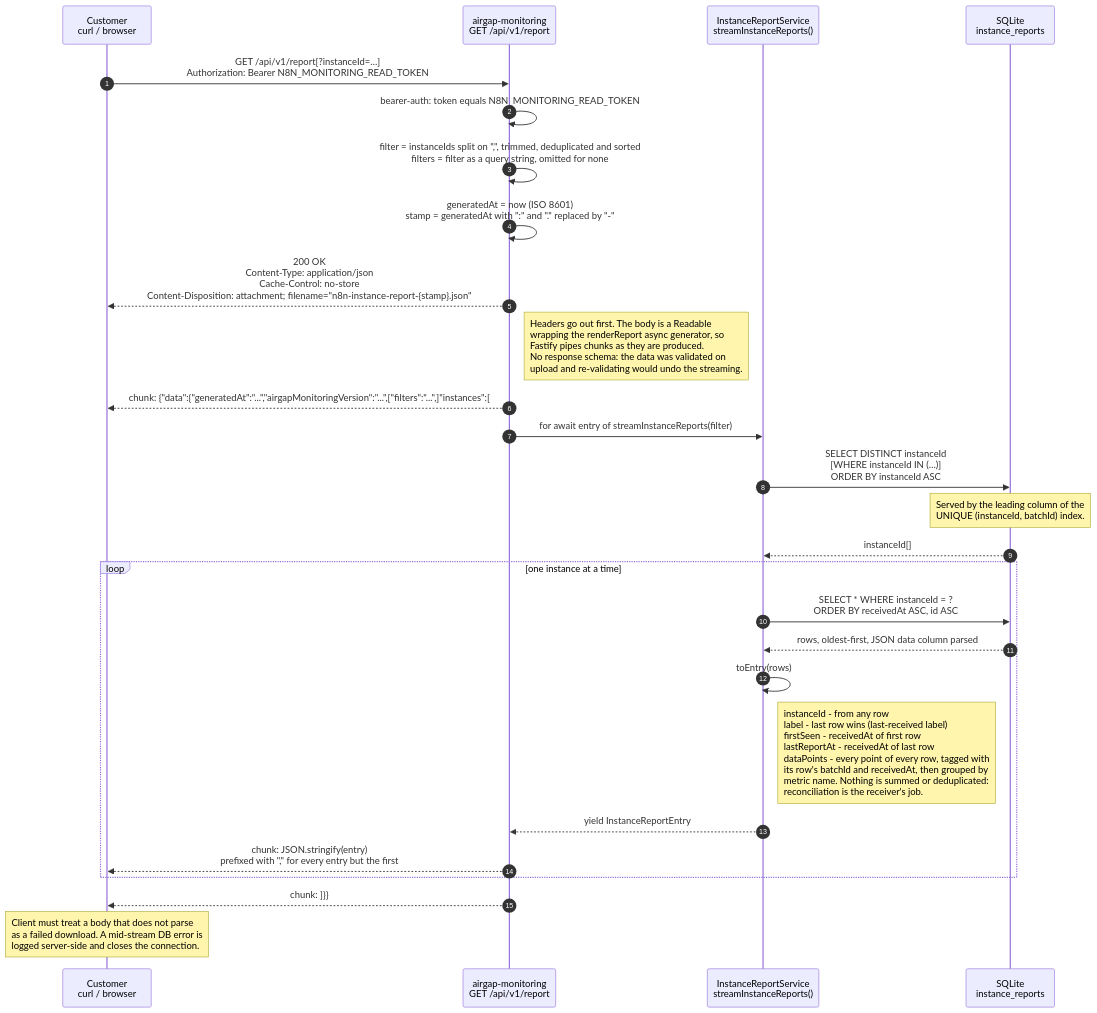
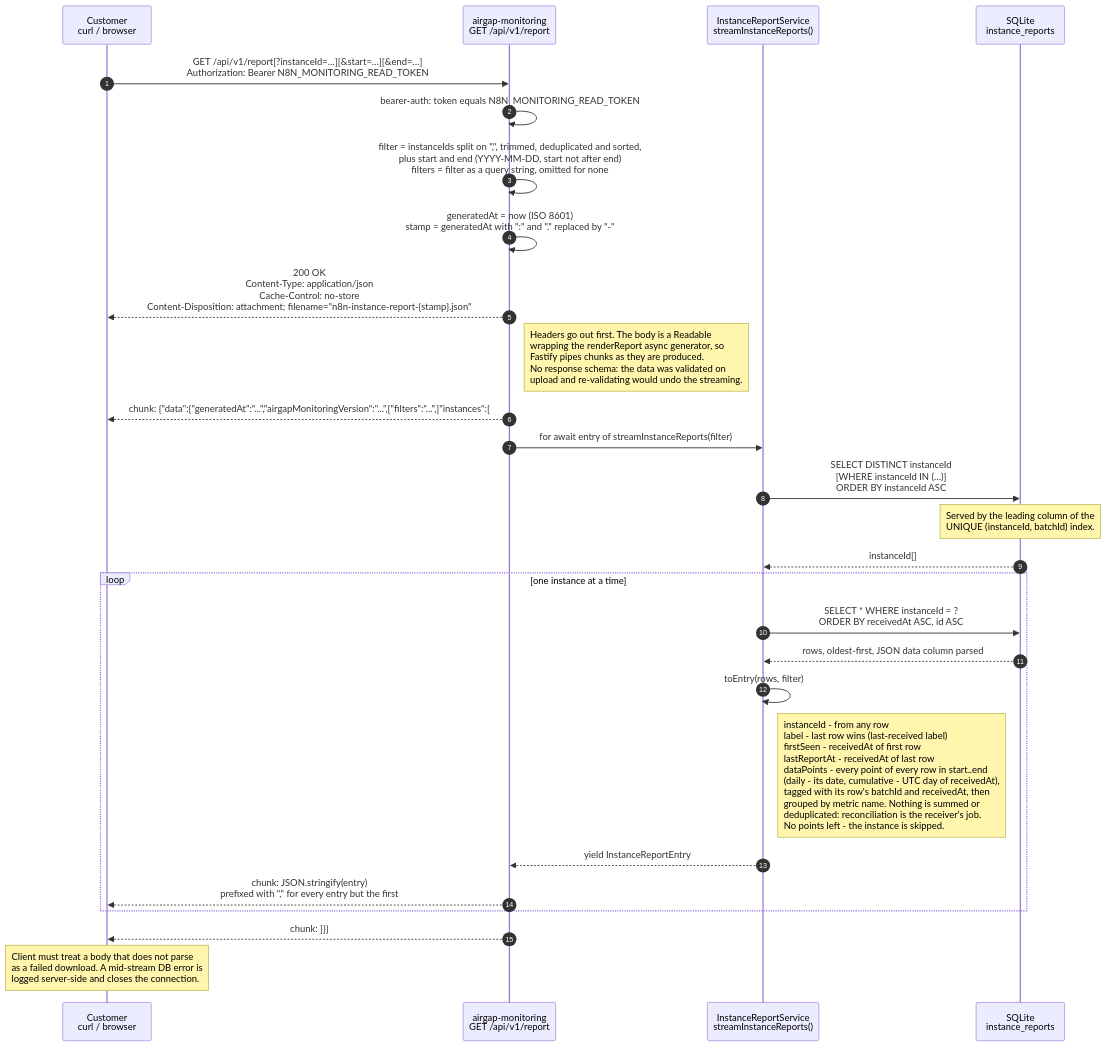
The second of 2 diagrams in docs/DIAGRAMS.md (n8n-io/n8n-airgap-monitoring), drawn with Mermaid before and after one commit. The commit also changed 6 other files, not shown here.

Commit message:
feat(api): Filter the report by start and end day

````diff
--- a/docs/DIAGRAMS.md
+++ b/docs/DIAGRAMS.md
@@ -104,39 +104,39 @@
 ```mermaid
 ---
 config:
   sequence:
     noteAlign: left
 ---
 sequenceDiagram
     autonumber
     participant C as Customer<br/>curl / browser
     participant API as airgap-monitoring<br/>GET /api/v1/report
     participant SVC as InstanceReportService<br/>streamInstanceReports()
     participant DB as SQLite<br/>instance_reports
 
-    C->>API: GET /api/v1/report[?instanceId=…]<br/>Authorization: Bearer N8N_MONITORING_READ_TOKEN
+    C->>API: GET /api/v1/report[?instanceId=…][&start=…][&end=…]<br/>Authorization: Bearer N8N_MONITORING_READ_TOKEN
     API->>API: bearer-auth: token equals N8N_MONITORING_READ_TOKEN
-    API->>API: filter = instanceIds split on ",", trimmed, deduplicated and sorted<br/>filters = filter as a query string, omitted for none
+    API->>API: filter = instanceIds split on ",", trimmed, deduplicated and sorted,<br/>plus start and end (YYYY-MM-DD, start not after end)<br/>filters = filter as a query string, omitted for none
     API->>API: generatedAt = now (ISO 8601)<br/>stamp = generatedAt with ":" and "." replaced by "-"
     API-->>C: 200 OK<br/>Content-Type: application/json<br/>Cache-Control: no-store<br/>Content-Disposition: attachment#59; filename="n8n-instance-report-{stamp}.json"
     Note right of API: Headers go out first. The body is a Readable<br/>wrapping the renderReport async generator, so<br/>Fastify pipes chunks as they are produced.<br/>No response schema: the data was validated on<br/>upload and re-validating would undo the streaming.
 
     API-->>C: chunk: {"data":{"generatedAt":"...","airgapMonitoringVersion":"...",["filters":"...",]"instances":[
 
     API->>SVC: for await entry of streamInstanceReports(filter)
     SVC->>DB: SELECT DISTINCT instanceId<br/>[WHERE instanceId IN (…)]<br/>ORDER BY instanceId ASC
     Note over DB: Served by the leading column of the<br/>UNIQUE (instanceId, batchId) index.
     DB-->>SVC: instanceId[]
 
     loop one instance at a time
         SVC->>DB: SELECT * WHERE instanceId = ?<br/>ORDER BY receivedAt ASC, id ASC
         DB-->>SVC: rows, oldest-first, JSON data column parsed
-        SVC->>SVC: toEntry(rows)
-        Note right of SVC: instanceId - from any row<br/>label - last row wins (last-received label)<br/>firstSeen - receivedAt of first row<br/>lastReportAt - receivedAt of last row<br/>dataPoints - every point of every row, tagged with<br/>its row's batchId and receivedAt, then grouped by<br/>metric name. Nothing is summed or deduplicated:<br/>reconciliation is the receiver's job.
+        SVC->>SVC: toEntry(rows, filter)
+        Note right of SVC: instanceId - from any row<br/>label - last row wins (last-received label)<br/>firstSeen - receivedAt of first row<br/>lastReportAt - receivedAt of last row<br/>dataPoints - every point of every row in start..end<br/>(daily - its date, cumulative - UTC day of receivedAt),<br/>tagged with its row's batchId and receivedAt, then<br/>grouped by metric name. Nothing is summed or<br/>deduplicated: reconciliation is the receiver's job.<br/>No points left - the instance is skipped.
         SVC-->>API: yield InstanceReportEntry
         API-->>C: chunk: JSON.stringify(entry)<br/>prefixed with "," for every entry but the first
     end
 
     API-->>C: chunk: ]}}
     Note over C: Client must treat a body that does not parse<br/>as a failed download. A mid-stream DB error is<br/>logged server-side and closes the connection.
 ```
````
